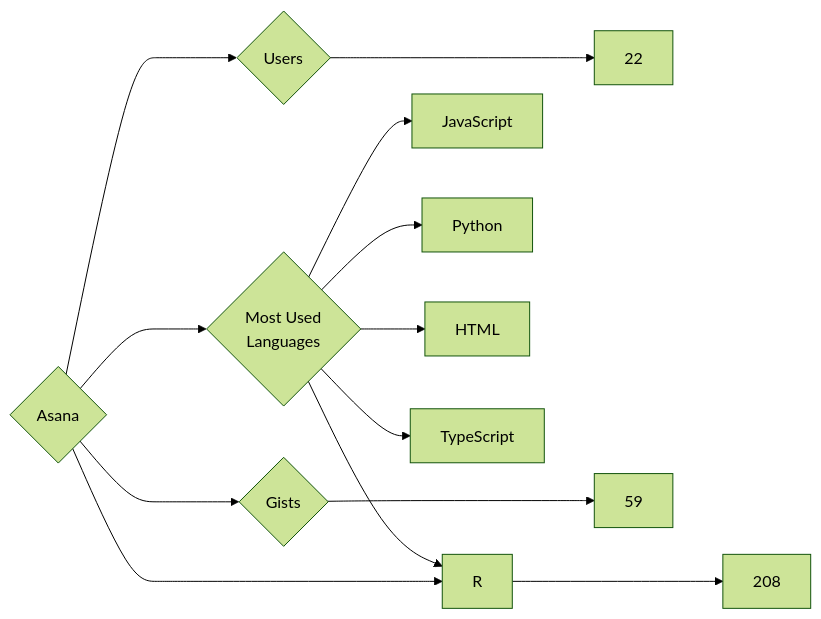
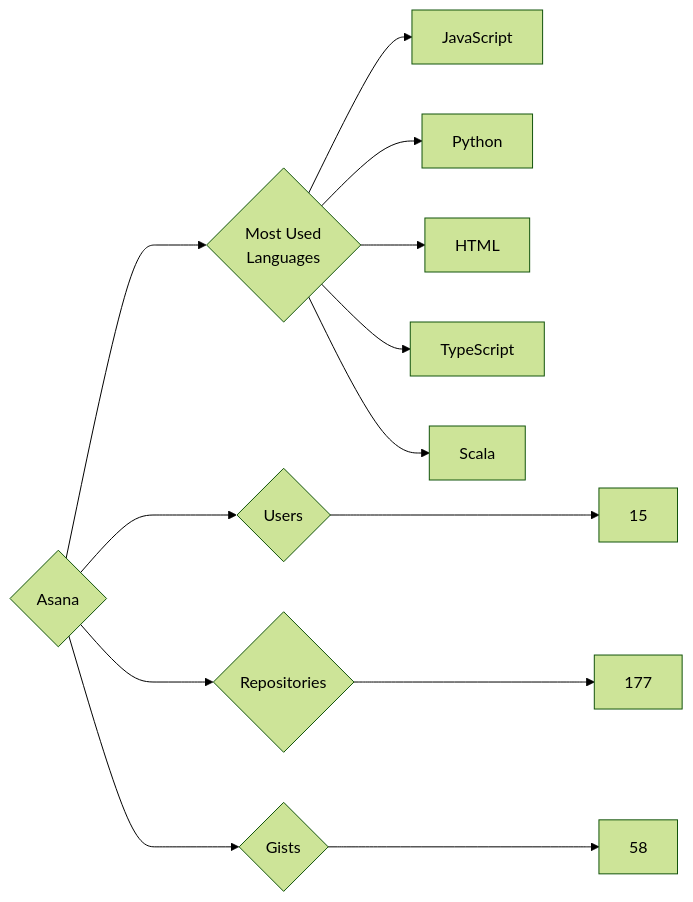
Before and after one commit to trickest/insiders: the diagram in targets/Asana/README.md, drawn with Mermaid (forest theme). The commit also changed 1238 other files, not shown here.

````diff
--- a/targets/Asana/README.md
+++ b/targets/Asana/README.md
@@ -3,13 +3,13 @@
 ```mermaid
 graph LR
 COMPANY_NAME{Asana}
-COMPANY_NAME ---> U{Users} ---> UN[22]
-COMPANY_NAME ---> R{Repositories} ---> RN[208]
-COMPANY_NAME ---> G{Gists} ---> GN[59]
+COMPANY_NAME ---> U{Users} ---> UN[15]
+COMPANY_NAME ---> R{Repositories} ---> RN[177]
+COMPANY_NAME ---> G{Gists} ---> GN[58]
 COMPANY_NAME ---> ML{Most Used<br>Languages}
 ML --> JavaScript[JavaScript]
 ML --> Python[Python]
 ML --> HTML[HTML]
 ML --> TypeScript[TypeScript]
-ML --> R[R]
+ML --> Scala[Scala]
 ```
````
